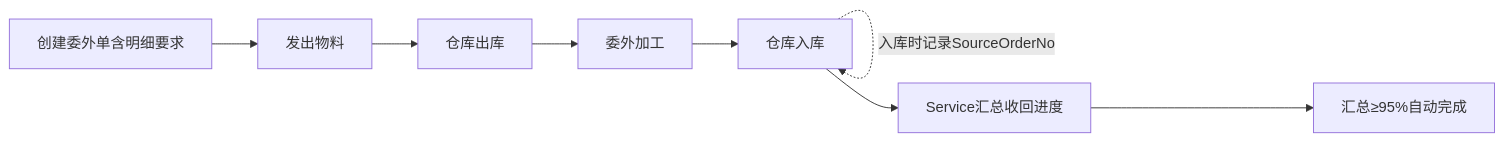
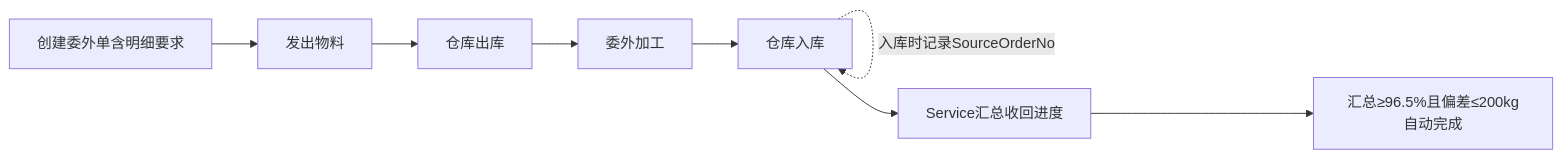
One commit to zhz151/MES changed the second of 2 diagrams in docs/模块设计/物料模块详细设计.md. Above: the diagram before and after it, drawn with Mermaid. The commit also changed other lines of this file and 42 other files, not shown here.

````diff
--- a/docs/模块设计/物料模块详细设计.md
+++ b/docs/模块设计/物料模块详细设计.md
@@ -32,10 +32,10 @@
 ```mermaid
 flowchart LR
     A[创建委外单含明细要求] --> B[发出物料]
     B --> C[仓库出库]
     C --> D[委外加工]
     D --> E[仓库入库]
     E -.->|入库时记录SourceOrderNo| E
     E --> F[Service汇总收回进度]
-    F --> G[汇总≥95%自动完成]
+    F --> G[汇总≥96.5%且偏差≤200kg自动完成]
 ```
````
